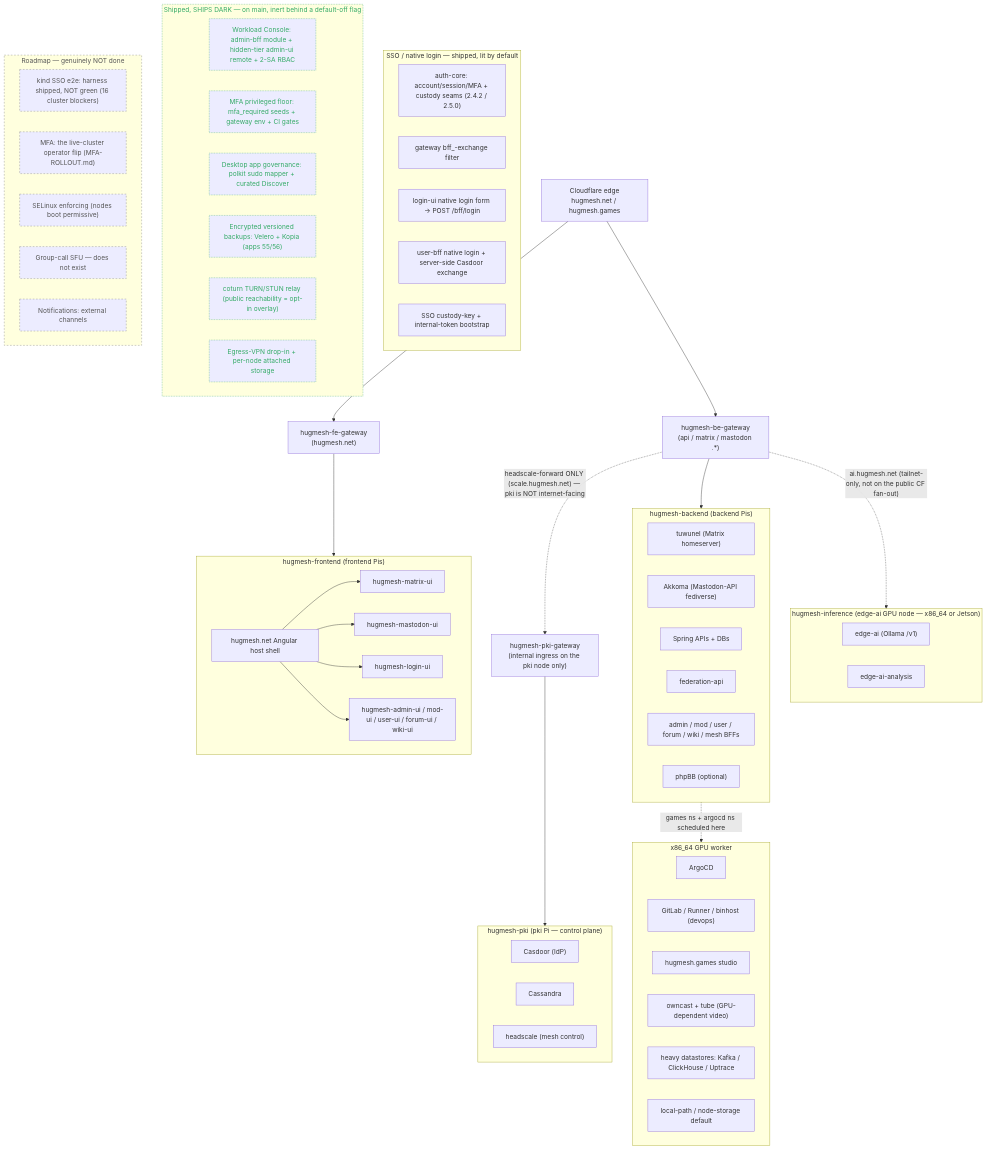
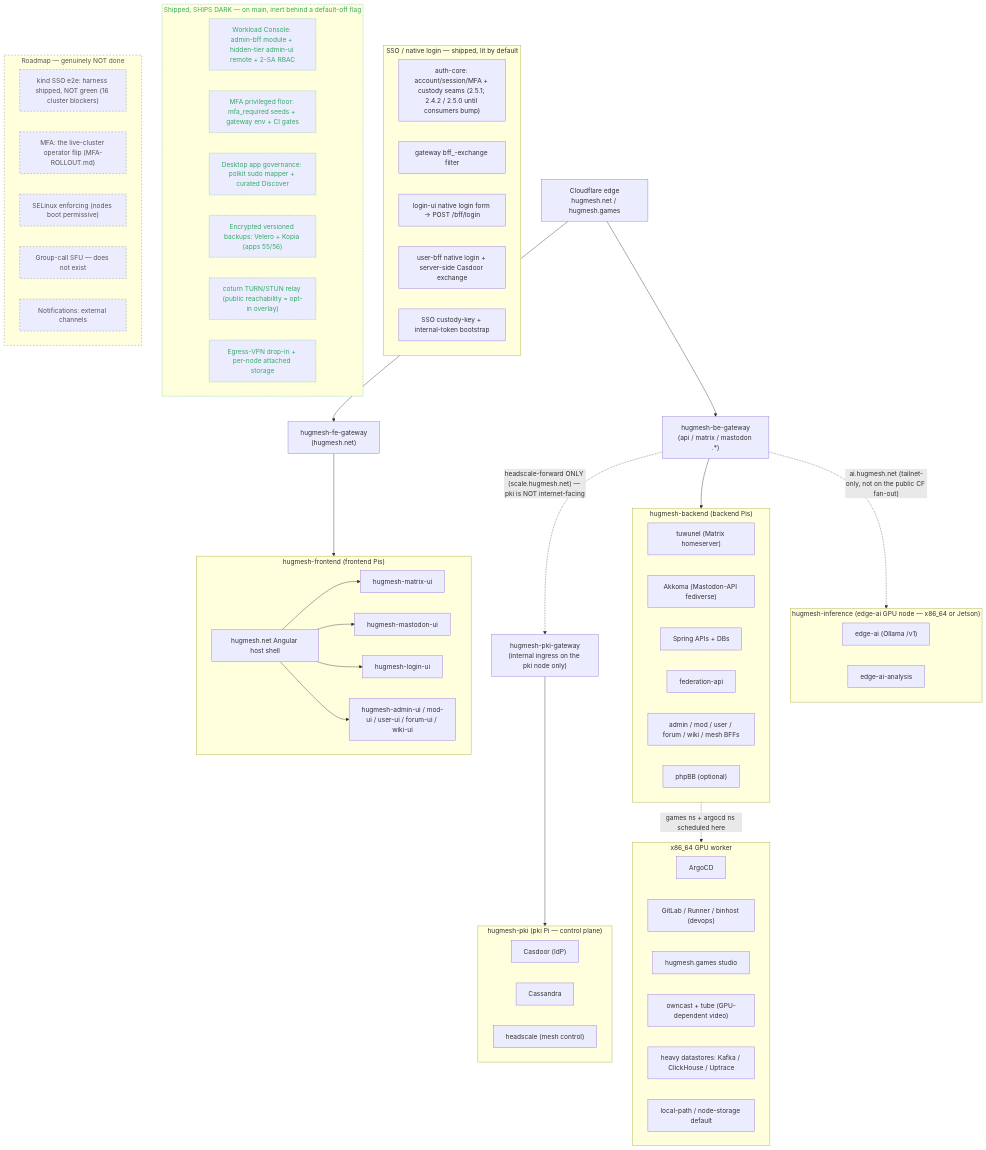
One commit to hugmesh/hugmesh-generator changed the first of 2 diagrams in docs/ARCHITECTURE.md. Above: the diagram before and after it, drawn with Mermaid. The commit also changed 2 other files, not shown here.

Commit message:
m2-bootstrap: add the hugmesh-auth-core 2.5.1 pin row
Both BFFs move to 2.5.1, the only auth-core coordinate the release chain publishes. The 2.4.2 and 2.5.0 rows stay until both consumers' mains name 2.5.1.

````diff
--- a/docs/ARCHITECTURE.md
+++ b/docs/ARCHITECTURE.md
@@ -25,80 +25,80 @@
 ```mermaid
 flowchart TD
     CF["Cloudflare edge<br/>hugmesh.net / hugmesh.games"]
     CF --> FEGW["hugmesh-fe-gateway<br/>(hugmesh.net)"]
     CF --> BEGW["hugmesh-be-gateway<br/>(api / matrix / mastodon .*)"]
 
     subgraph FE["hugmesh-frontend (frontend Pis)"]
         HOST["hugmesh.net Angular host shell"]
         HOST --> MUI["hugmesh-matrix-ui"]
         HOST --> MASTUI["hugmesh-mastodon-ui"]
         HOST --> LOGINUI["hugmesh-login-ui"]
         HOST --> ADMINUI["hugmesh-admin-ui / mod-ui / user-ui / forum-ui / wiki-ui"]
     end
 
     subgraph BE["hugmesh-backend (backend Pis)"]
         TUW["tuwunel (Matrix homeserver)"]
         AKK["Akkoma (Mastodon-API fediverse)"]
         APIS["Spring APIs + DBs"]
         FEDAPI["federation-api"]
         BFFS["admin / mod / user / forum / wiki / mesh BFFs"]
         PHPBB["phpBB (optional)"]
     end
 
     subgraph PKI["hugmesh-pki (pki Pi — control plane)"]
         CAS["Casdoor (IdP)"]
         CASS["Cassandra"]
         HS["headscale (mesh control)"]
     end
 
     subgraph INFER["hugmesh-inference (edge-ai GPU node — x86_64 or Jetson)"]
         EDGEAI["edge-ai (Ollama /v1)"]
         EDGEAIAN["edge-ai-analysis"]
     end
 
     subgraph X86["x86_64 GPU worker"]
         ARGO["ArgoCD"]
         DEVOPS["GitLab / Runner / binhost (devops)"]
         GAMES["hugmesh.games studio"]
         VIDEO["owncast + tube (GPU-dependent video)"]
         HEAVY["heavy datastores: Kafka / ClickHouse / Uptrace"]
         STORE["local-path / node-storage default"]
     end
 
     FEGW --> FE
     BEGW --> BE
     BE -. "games ns + argocd ns scheduled here" .-> X86
     BEGW -. "ai.hugmesh.net (tailnet-only, not on the public CF fan-out)" .-> INFER
     BEGW -. "headscale-forward ONLY (scale.hugmesh.net) — pki is NOT internet-facing" .-> PKIGW["hugmesh-pki-gateway<br/>(internal ingress on the pki node only)"]
     PKIGW --> PKI
 
     subgraph SSO["SSO / native login — shipped, lit by default"]
-        AUTHCORE["auth-core: account/session/MFA + custody seams (2.4.2 / 2.5.0)"]
+        AUTHCORE["auth-core: account/session/MFA + custody seams (2.5.1; 2.4.2 / 2.5.0 until consumers bump)"]
         GWEXCH["gateway bff_-exchange filter"]
         LOGINOIDC["login-ui native login form -> POST /bff/login"]
         UBRELOC["user-bff native login + server-side Casdoor exchange"]
         CUSTKEY["SSO custody-key + internal-token bootstrap"]
     end
 
     subgraph DARK["Shipped, SHIPS DARK — on main, inert behind a default-off flag"]
         WC["Workload Console: admin-bff module + hidden-tier admin-ui remote + 2-SA RBAC"]
         MFAFLOOR["MFA privileged floor: mfa_required seeds + gateway env + CI gates"]
         DESKGOV["Desktop app governance: polkit sudo mapper + curated Discover"]
         BACKUPS["Encrypted versioned backups: Velero + Kopia (apps 55/56)"]
         TURN["coturn TURN/STUN relay (public reachability = opt-in overlay)"]
         EGRESS["Egress-VPN drop-in + per-node attached storage"]
     end
 
     subgraph ROADMAP["Roadmap — genuinely NOT done"]
         KINDE2E["kind SSO e2e: harness shipped, NOT green (16 cluster blockers)"]
         MFAFLIP["MFA: the live-cluster operator flip (MFA-ROLLOUT.md)"]
         ENFORCE["SELinux enforcing (nodes boot permissive)"]
         SFU["Group-call SFU — does not exist"]
         NOTIFY["Notifications: external channels"]
     end
 
     classDef dark stroke-dasharray:2,stroke:#4a7,color:#3a6;
     classDef planned stroke-dasharray:4,stroke:#888,color:#555;
     class DARK,WC,MFAFLOOR,DESKGOV,BACKUPS,TURN,EGRESS dark;
     class ROADMAP,KINDE2E,MFAFLIP,ENFORCE,SFU,NOTIFY planned;
 ```
````
